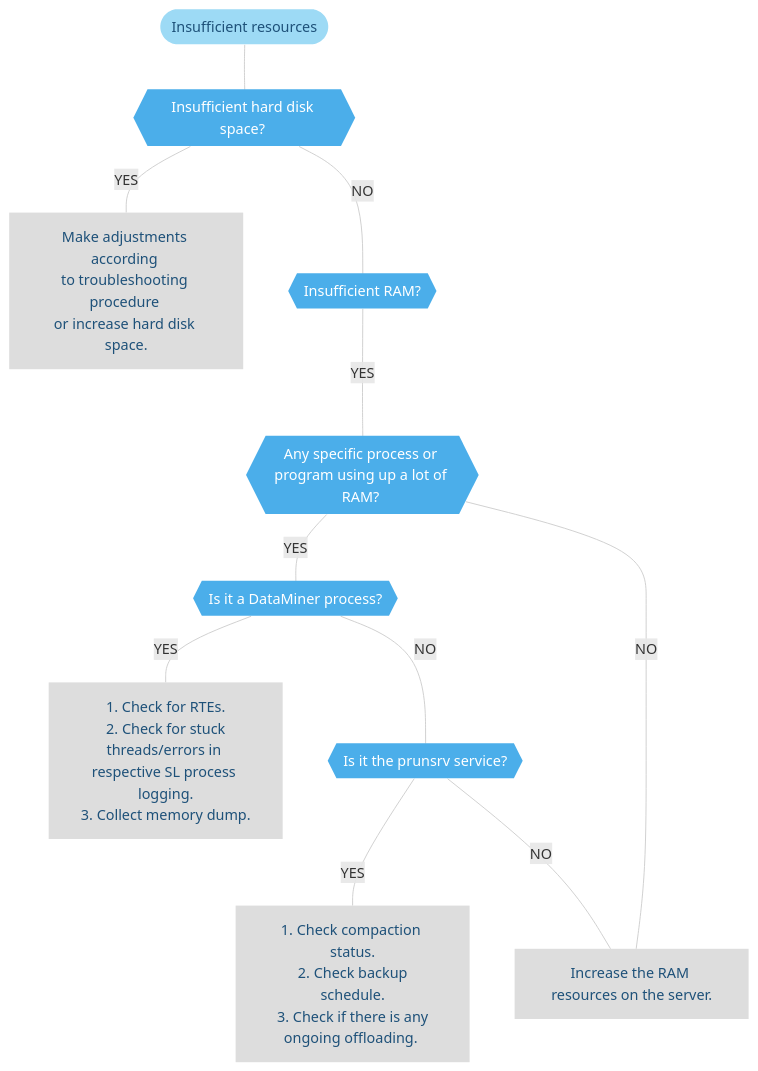
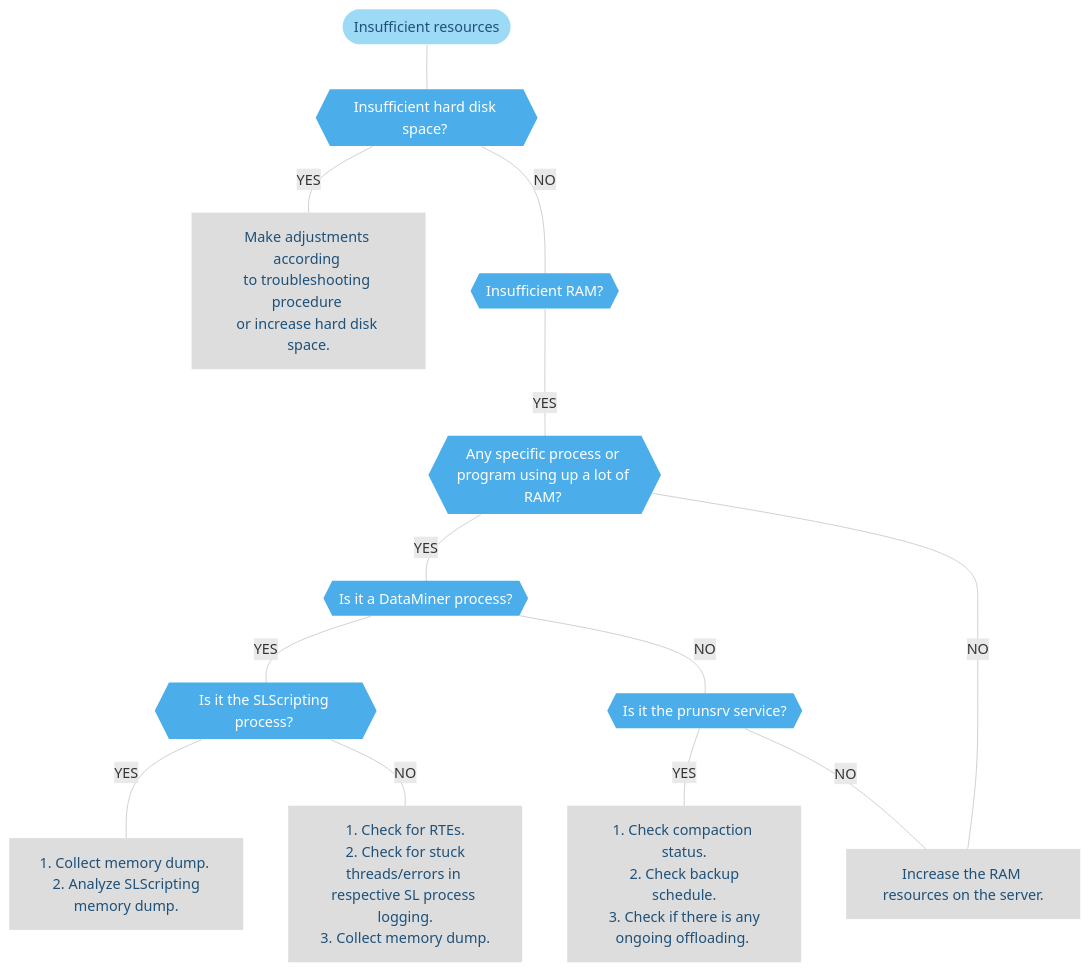
Before and after one commit to SkylineCommunications/dataminer-docs: the second of 2 diagrams in user-guide/Troubleshooting/Troubleshooting_Flowcharts/Troubleshooting_Critical_Issues/Troubleshooting_Critical_Issues_Resources.md, drawn with Mermaid. The commit also changed 6 other files, not shown here.

Commit message:
added info on how to investigate managed memory of an SLScripting dump with Visual Studio

````diff
--- a/user-guide/Troubleshooting/Troubleshooting_Flowcharts/Troubleshooting_Critical_Issues/Troubleshooting_Critical_Issues_Resources.md
+++ b/user-guide/Troubleshooting/Troubleshooting_Flowcharts/Troubleshooting_Critical_Issues/Troubleshooting_Critical_Issues_Resources.md
@@ -55,41 +55,46 @@
 ```mermaid
 flowchart TD
 %% Define styles %%
 linkStyle default stroke:#cccccc
 classDef LightBlue fill:#9DDAF5,stroke:#000070,stroke-width:0px, color:#1E5179;
 classDef Blue fill:#4BAEEA,stroke:#000070,stroke-width:0px, color:#FFFFFF;
 classDef DarkBlue fill:#1E5179,stroke:#000070,stroke-width:0px, color:#FFFFFF;
 classDef DarkGray fill:#58595B,stroke:#000070,stroke-width:0px, color:#FFFFFF;
 classDef Gray fill:#999999,stroke:#000070,stroke-width:0px, color:#FFFFFF;
 classDef LightGray fill:#DDDDDD,stroke:#000070,stroke-width:0px, color:#1E5179;
 %% Define blocks %%
 MachineoutofResources([Insufficient resources])
 HDSpace{{"Insufficient hard disk space? <br/> "}}
 RAM{{"Insufficient RAM? <br/> "}}
 Process{{"Any specific process or program using up a lot of RAM? <br/> "}}
 Cassandra{{"Is it the prunsrv service?"}}
 DMProc{{"Is it a DataMiner process? <br/> "}}
 FreeSpace["Make adjustments according <br>to troubleshooting procedure <br>or increase hard disk space."]
 Prunsrv["1. Check compaction status.<br/> 2. Check backup schedule.<br/> 3. Check if there is any ongoing offloading. <br/> "]
+SLScriptingProc{{"Is it the SLScripting process? <br/>"}}
+SLScriptingTroubleShooting["1. Collect memory dump. <br/> 2. Analyze SLScripting memory dump."]
 Proc["1. Check for RTEs.<br/> 2. Check for stuck threads/errors in <br/>respective SL process logging.<br/> 3. Collect memory dump. <br/> "]
 RAMup["Increase the RAM resources on the server."]
 %% Connect blocks %%
 MachineoutofResources --- HDSpace
 HDSpace --- |YES| FreeSpace
 HDSpace --- |NO| RAM
 RAM --- |YES| Process
 Process --- |YES| DMProc
 Process --- |NO| RAMup
-DMProc --- |YES| Proc
+DMProc --- |YES| SLScriptingProc
+SLScriptingProc --- |YES| SLScriptingTroubleShooting
+SLScriptingProc --- |NO| Proc
 DMProc --- |NO| Cassandra
 Cassandra --- |YES| Prunsrv
 Cassandra --- |NO| RAMup
 %% Define hyperlinks %%
 click FreeSpace "/user-guide/Troubleshooting/Procedures/Keeping_a_DMA_from_running_out_of_disk_space.html"
+click SLScriptingTroubleShooting "/user-guide/Troubleshooting/Procedures/Troubleshooting_SLScripting_Issues.html#memory-dump-investigation"
 %% Apply styles to blocks %%
 class Start DarkBlue;
-class Prunsrv,Proc,FreeSpace,RAMup LightGray;
+class Prunsrv,Proc,FreeSpace,RAMup,SLScriptingTroubleShooting LightGray;
 class Automaticrestart,DataNotUpdated,ErrorAlarmConsole,MachineoutofResources LightBlue;
-class HDSpace,RAM,Process,Cassandra,DMProc Blue;
+class HDSpace,RAM,Process,Cassandra,DMProc,SLScriptingProc Blue;
 class Home,SLLogCollector,Investigation LightBlue;
 ```
````
